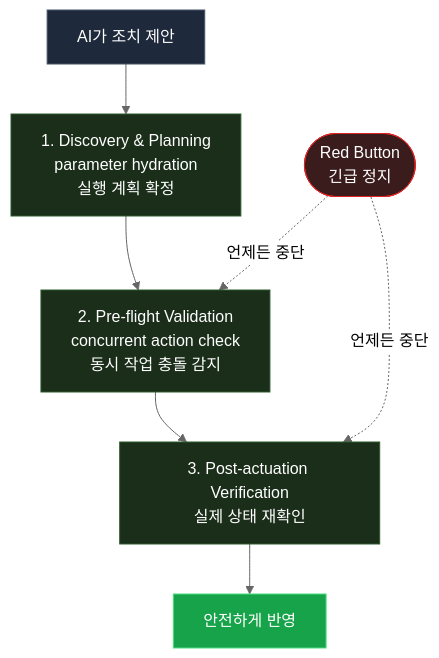
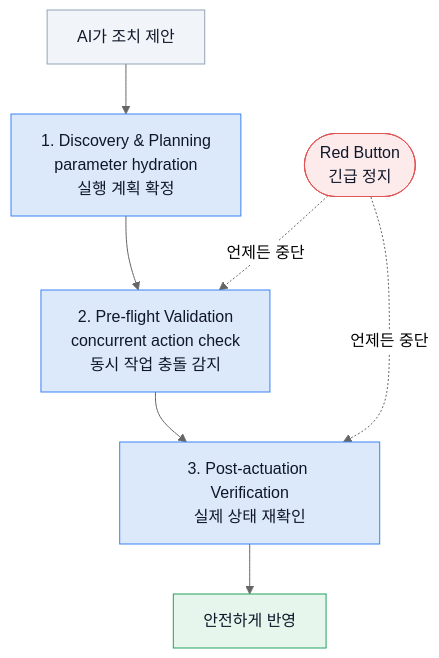
The third of 3 diagrams in content/ai/sre-ai-reliable-operations.md (kimduksoo/duksoo-tech-blog), drawn with Mermaid (neutral theme) before and after one commit. The commit also changed other lines of this file, not shown here.

First line of the commit message:
fix: SRE 글 mermaid 색상 light 팔레트로 통일 + 볼드 렌더 수정

````diff
--- a/content/ai/sre-ai-reliable-operations.md
+++ b/content/ai/sre-ai-reliable-operations.md
@@ -122,16 +122,16 @@
 ```mermaid
 flowchart TB
     A["AI가 조치 제안"] --> P1["1. Discovery & Planning<br/>parameter hydration<br/>실행 계획 확정"]
     P1 --> P2["2. Pre-flight Validation<br/>concurrent action check<br/>동시 작업 충돌 감지"]
     P2 --> P3["3. Post-actuation Verification<br/>실제 상태 재확인"]
     P3 --> OK["안전하게 반영"]
     RB(["Red Button<br/>긴급 정지"]) -. "언제든 중단" .-> P2
     RB -. "언제든 중단" .-> P3
 
-    style A fill:#1e293b,stroke:#475569,color:#fff
-    style P1 fill:#1a2e1a,stroke:#2d5a2d,color:#fff
-    style P2 fill:#1a2e1a,stroke:#2d5a2d,color:#fff
-    style P3 fill:#1a2e1a,stroke:#2d5a2d,color:#fff
-    style OK fill:#16a34a,stroke:#4ade80,color:#fff
-    style RB fill:#3b1c1c,stroke:#dc2626,color:#fff
+    style A fill:#f1f5f9,stroke:#94a3b8,color:#0f172a
+    style P1 fill:#dce9fb,stroke:#3b82f6,color:#0f172a
+    style P2 fill:#dce9fb,stroke:#3b82f6,color:#0f172a
+    style P3 fill:#dce9fb,stroke:#3b82f6,color:#0f172a
+    style OK fill:#e7f6ec,stroke:#22a15d,color:#0f172a
+    style RB fill:#fdeaea,stroke:#e05656,color:#0f172a
 ```
````
